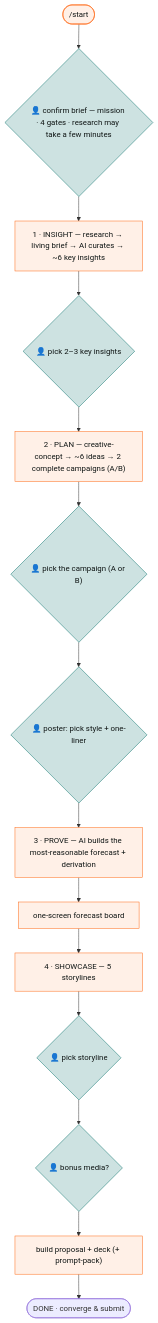
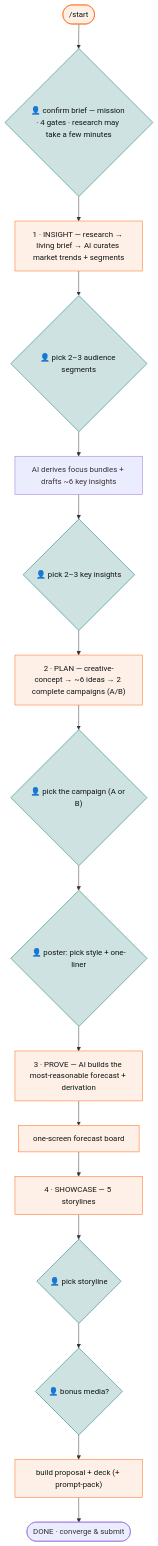
The diagram in .opencode/README.md (jkang/a-hackathon), drawn with Mermaid before and after one commit. The commit also changed other lines of this file and 26 other files, not shown here.

````diff
--- a/.opencode/README.md
+++ b/.opencode/README.md
@@ -68,21 +68,23 @@
 ```mermaid
 flowchart TD
     A([/start]) --> H0{"👤 confirm brief — mission · 4 gates · research may take a few minutes"}
-    H0 --> I["1 · INSIGHT — research → living brief → AI curates → ~6 key insights"]
-    I --> H1{"👤 pick 2–3 key insights"}
-    H1 --> P["2 · PLAN — creative-concept → ~6 ideas → 2 complete campaigns (A/B)"]
+    H0 --> I["1 · INSIGHT — research → living brief → AI curates market trends + segments"]
+    I --> H1{"👤 pick 2–3 audience segments"}
+    H1 --> I2["AI derives focus bundles + drafts ~6 key insights"]
+    I2 --> H1b{"👤 pick 2–3 key insights"}
+    H1b --> P["2 · PLAN — creative-concept → ~6 ideas → 2 complete campaigns (A/B)"]
     P --> H3{"👤 pick the campaign (A or B)"}
     H3 --> H4{"👤 poster: pick style + one-liner"}
     H4 --> V["3 · PROVE — AI builds the most-reasonable forecast + derivation"]
     V --> C["one-screen forecast board"]
     C --> S["4 · SHOWCASE — 5 storylines"]
     S --> H7{"👤 pick storyline"}
     H7 --> H9{"👤 bonus media?"}
     H9 --> B["build proposal + deck (+ prompt-pack)"]
     B --> D([DONE · converge & submit])
 
     classDef ai fill:#FFF0E7,stroke:#FF6611,color:#0F1514;
     classDef hitl fill:#CDE2E1,stroke:#077069,color:#0F1514;
     class A,I,P,V,C,S,B ai;
-    class H0,H1,H3,H4,H7,H9 hitl;
+    class H0,H1,H1b,H3,H4,H7,H9 hitl;
 ```
````
